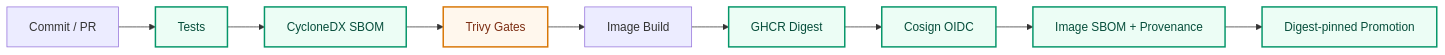
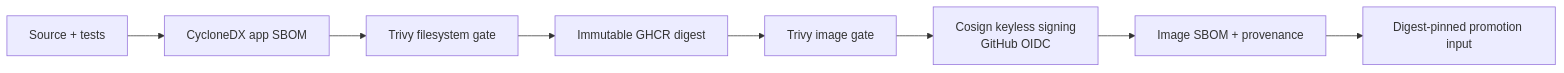
Before and after one commit to ravan-chuang/spring-boot-ecommerce-backend: the third of 3 diagrams in README.md, drawn with Mermaid. The commit also changed other lines of this file and 1 other file, not shown here.

Commit message:
docs: refine Phase 8 evidence documentation (#43)

````diff
--- a/README.md
+++ b/README.md
@@ -288,16 +169,10 @@
 ```mermaid
 flowchart LR
-    Source["Commit / PR"] --> Tests["Tests"]
-    Tests --> SBOM["CycloneDX SBOM"]
-    SBOM --> Scan["Trivy Gates"]
-    Scan --> Build["Image Build"]
-    Build --> Digest["GHCR Digest"]
-    Digest --> Sign["Cosign OIDC"]
-    Sign --> Provenance["Image SBOM + Provenance"]
-    Provenance --> Promote["Digest-pinned Promotion"]
-
-    classDef ok fill:#ecfdf5,stroke:#059669,stroke-width:2px,color:#064e3b;
-    classDef gate fill:#fff7ed,stroke:#d97706,stroke-width:2px,color:#7c2d12;
-    class Tests,SBOM,Digest,Sign,Provenance,Promote ok;
-    class Scan gate;
+    Source["Source + tests"] --> AppSBOM["CycloneDX app SBOM"]
+    AppSBOM --> FSGate["Trivy filesystem gate"]
+    FSGate --> Image["Immutable GHCR digest"]
+    Image --> ImageGate["Trivy image gate"]
+    ImageGate --> Sign["Cosign keyless signing<br/>GitHub OIDC"]
+    Sign --> Evidence["Image SBOM + provenance"]
+    Evidence --> Promote["Digest-pinned promotion input"]
 ```
````
